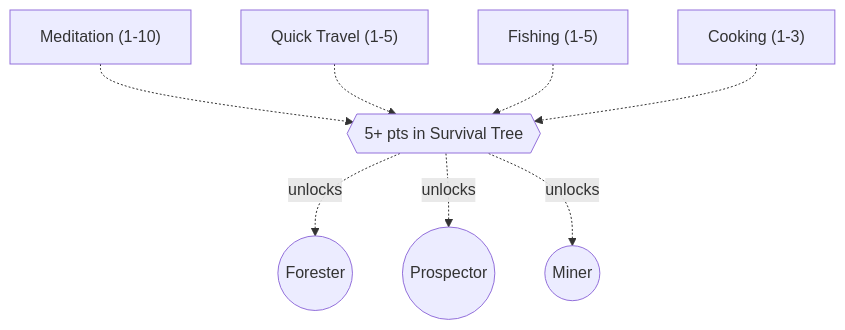
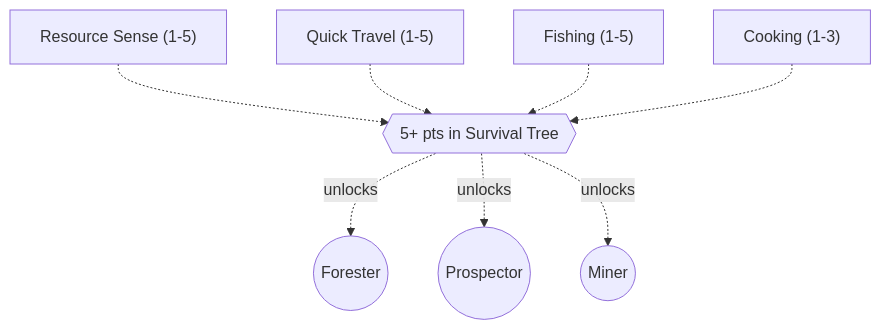
The sixth of 16 diagrams in content/docs/mechanics/master.md (tfelix/bestia-docs), drawn with Mermaid before and after one commit. The commit also changed other lines of this file and 2 other files, not shown here.

````diff
--- a/content/docs/mechanics/master.md
+++ b/content/docs/mechanics/master.md
@@ -446,19 +446,19 @@
 ```mermaid
 graph TD
-    Meditation["Meditation (1-10)"]
+    ResourceSense["Resource Sense (1-5)"]
     QuickTravel["Quick Travel (1-5)"]
     Fishing["Fishing (1-5)"]
     Cooking["Cooking (1-3)"]
     Gate{{"5+ pts in Survival Tree"}}
     Forester(("Forester"))
     Prospector(("Prospector"))
     Miner(("Miner"))
 
-    Meditation -.-> Gate
+    ResourceSense -.-> Gate
     QuickTravel -.-> Gate
     Fishing -.-> Gate
     Cooking -.-> Gate
     Gate -.->|unlocks| Forester
     Gate -.->|unlocks| Prospector
     Gate -.->|unlocks| Miner
 ```
````
